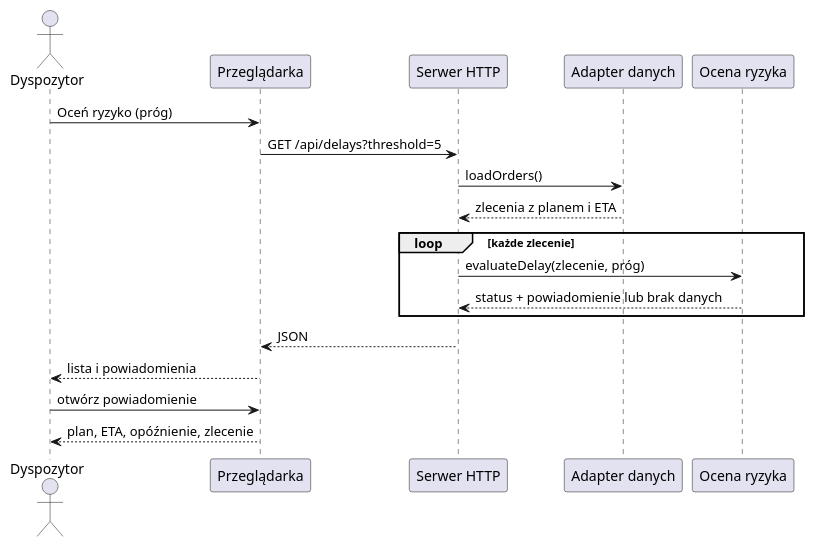
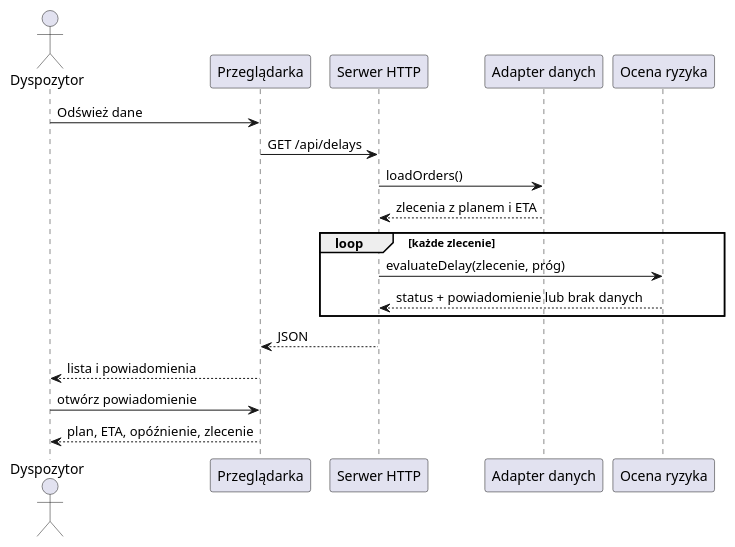
The second of 6 diagrams in docs/architektura.md (nossixd/5f-outpost), drawn with PlantUML before and after one commit. The commit also changed other lines of this file and 16 other files, not shown here.

````diff
--- a/docs/architektura.md
+++ b/docs/architektura.md
@@ -35,21 +41,21 @@
 ```plantuml
 @startuml
 actor Dyspozytor
 participant "Przeglądarka" as UI
 participant "Serwer HTTP" as API
 participant "Adapter danych" as Data
 participant "Ocena ryzyka" as Risk
-Dyspozytor -> UI : Oceń ryzyko (próg)
-UI -> API : GET /api/delays?threshold=5
+Dyspozytor -> UI : Odśwież dane
+UI -> API : GET /api/delays
 API -> Data : loadOrders()
 Data --> API : zlecenia z planem i ETA
 loop każde zlecenie
 API -> Risk : evaluateDelay(zlecenie, próg)
 Risk --> API : status + powiadomienie lub brak danych
 end
 API --> UI : JSON
 UI --> Dyspozytor : lista i powiadomienia
 Dyspozytor -> UI : otwórz powiadomienie
 UI --> Dyspozytor : plan, ETA, opóźnienie, zlecenie
 @enduml
 ```
````
